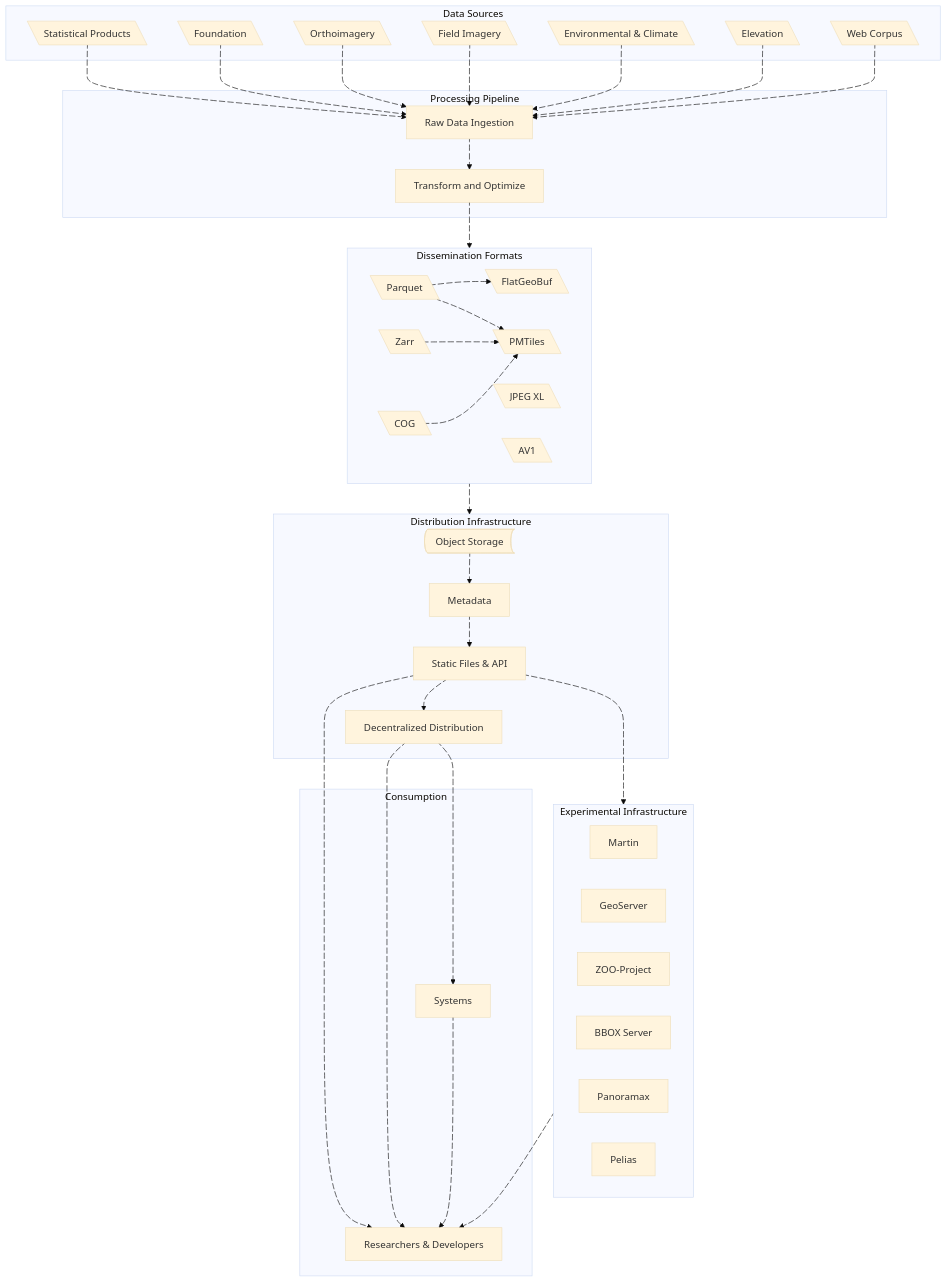
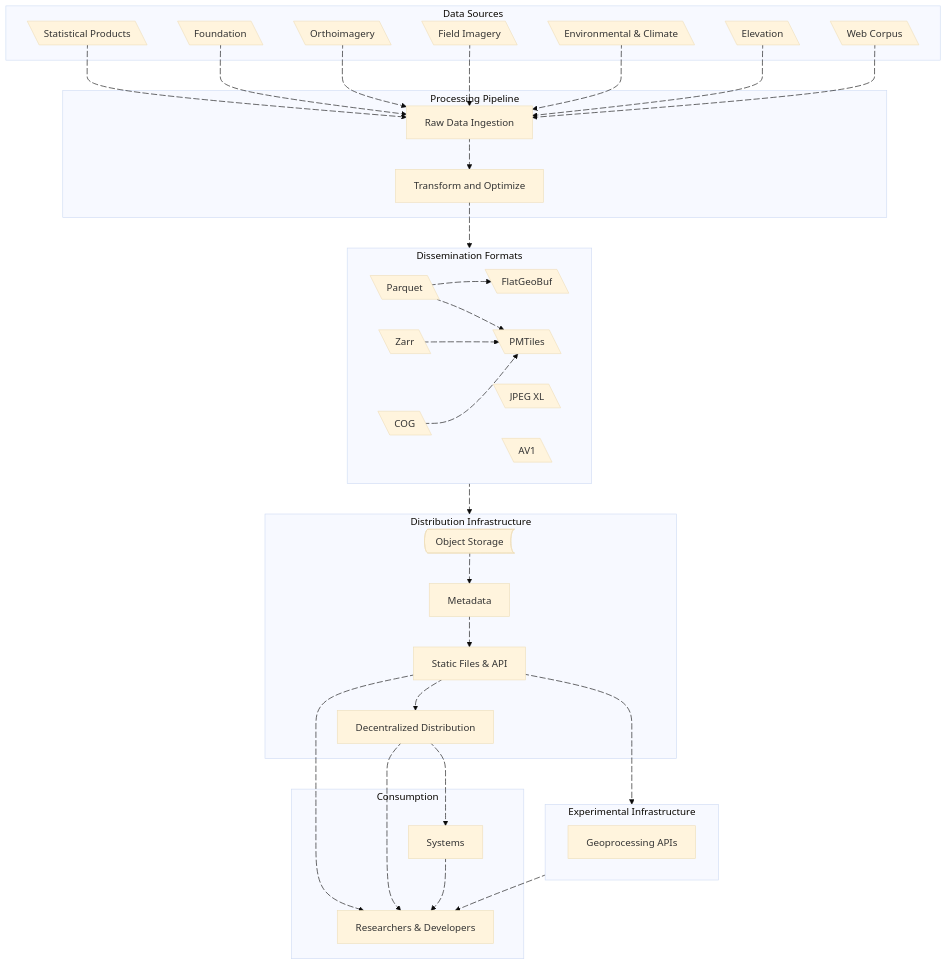
The diagram in high-level-overview-homepage.mermaid (dataforcanada/www.dataforcanada.org), drawn with Mermaid (base theme) before and after one commit. The commit also changed 1 other file, not shown here.

```diff
--- a/high-level-overview-homepage.mermaid
+++ b/high-level-overview-homepage.mermaid
@@ -1,118 +1,119 @@
 flowchart TD
     subgraph ds [Data Sources]
         StatProducts@{ shape: lean-l, label: "Statistical Products"}
         Foundation@{ shape: lean-l, label: "Foundation"}
         Orthoimagery@{ shape: lean-l}
         FieldImagery@{ shape: lean-l, label: "Field Imagery"}
         EnvironmentClimate@{ shape: lean-l, label: "Environmental & Climate"}
         Elevation@{ shape: lean-l}
         WebCorpus@{ shape: lean-l, label: "Web Corpus"}
     end
 
     subgraph pp [Processing Pipeline]
         Raw@{ shape: rect, label: "Raw Data Ingestion"}
         Transform@{ shape: rect, label: "Transform and Optimize"}
     end
 
     subgraph df [Dissemination Formats]
         Parquet@{ shape: lean-l}
         FlatGeoBuf@{ shape: lean-l}
         PMTiles@{ shape: lean-l}
         COG@{ shape: lean-l}
         Zarr@{ shape: lean-l}
         JPEGXL@{ shape: lean-l, label: "JPEG XL"}
         AV1@{ shape: lean-l, label: "AV1"}
     end
 
     subgraph di [Distribution Infrastructure]
         ObjectStorage@{ shape: bow-rect, label: "Object Storage"}
         Metadata@{ shape: rect}
         HTTP@{ shape: rect, label: "Static Files & API"}
         DecentralizedDistribution@{ shape: rect, label: "Decentralized Distribution"}
     end
 
     subgraph ei [Experimental Infrastructure]
-        Martin@{ shape: rect}
-        GeoServer@{ shape: rect}
-        ZOOProject@{ shape: rect, label: "ZOO-Project"}
-        BBOXServer@{ shape: rect, label: "BBOX Server"}
-        Panoramax@{ shape: rect}
-        Pelias@{ shape: rect}
+        GeoProcessingAPIs@{ shape: rect, label: "Geoprocessing APIs"}
+        %%Martin@{ shape: rect}
+        %%GeoServer@{ shape: rect}
+        %%ZOOProject@{ shape: rect, label: "ZOO-Project"}
+        %%BBOXServer@{ shape: rect, label: "BBOX Server"}
+        %%Panoramax@{ shape: rect}
+        %%Pelias@{ shape: rect}
     end
 
     subgraph "Consumption"
         DataSci@{ shape: rect, label: "Researchers & Developers"}
         Systems@{ shape: rect, label: "Systems"}
     end
 
     %% Relationships
     StatProducts a1@--> Raw
     a1@{animate: true, animation: slow}
     Foundation a2@--> Raw
     a2@{animate: true, animation: slow}
     Orthoimagery a3@--> Raw
     a3@{animate: true, animation: slow}
     FieldImagery a4@--> Raw
     a4@{animate:true, animation: fast}
     EnvironmentClimate a5@--> Raw
     a5@{animate: true, animation: fast}
     Elevation a6@--> Raw
     a6@{animate: true, animation: slow}
     WebCorpus a7@--> Raw
     a7@{animate: true, animation: fast}
     Raw a8@--> Transform
     a8@{animate: true, animation: slow}
     Transform a9@--> df
     a9@{animate: true, animation: slow}
     Parquet a10@--> FlatGeoBuf
     a10@{animate: true, animation: slow}
     Parquet a11@--> PMTiles
     a11@{animate: true, animation: slow}
     Zarr a12@ --> PMTiles
     a12@{animate: true, animation: slow}
     df a13@ --> di
     a13@{animate: true, animation: slow}
     COG a14@--> PMTiles
     a14@{animate: true, animation: slow}
     ObjectStorage a15@--> Metadata
     a15@{animate: true, animation: slow}
     Metadata a16@--> HTTP
     a16@{animate: true, animation: slow}
     HTTP a17@--> ei
     a17@{animate: true, animation: slow}
     HTTP a18@--> DecentralizedDistribution
     a18@{animate: true, animation: slow}
     HTTP a19@--> DataSci
     a19@{animate: true, animation: slow}
     DecentralizedDistribution a20@--> Systems
     a20@{animate: true, animation: fast}
     DecentralizedDistribution a21@--> DataSci
     a21@{animate: true, animation: fast}
     Systems a22@ --> DataSci
     a22@{animate: true, animation: fast}
     ei a23@ --> DataSci
     a23@{animate: true, animation: slow}
 
     %% URLs
     click Foundation "https://www.dataforcanada.org/docs/processes/foundation/" _blank
     click StatProducts "https://www.dataforcanada.org/docs/processes/statistical_products/" _blank
     click Orthoimagery "https://www.dataforcanada.org/docs/processes/orthoimagery/" _blank
     click FieldImagery "https://www.dataforcanada.org/docs/processes/field_imagery/" _blank
     %%click EnvironmentClimate "/docs/processes/environmental_climate/" _blank
     %%click Elevation "/docs/processes/elevation/" _blank
 
     click Parquet "https://github.com/apache/parquet-format/" _blank
     click FlatGeoBuf "https://flatgeobuf.org/" _blank
     click COG "https://cogeo.org/" _blank
     click Zarr "https://github.com/zarr-developers/geozarr-spec/" _blank
     click PMTiles "https://github.com/protomaps/PMTiles/blob/main/spec/v3/spec.md" _blank
     click JPEGXL "https://jpeg.org/jpegxl/" _blank
     click AV1 "https://aomedia.org/specifications/av1/" _blank
     click DecentralizedDistribution "/docs/dissemination/" _blank
     click Metadata "https://stac-utils.github.io/stac-geoparquet/latest/spec/stac-geoparquet-spec/" _blank
     click Martin "https://martin.maplibre.org/" _blank
     click GeoServer "https://geoserver.org/" _blank
     click ZOOProject "https://zoo-project.org/" _blank
     click BBOXServer "https://www.bbox.earth/" _blank
     click Panoramax "https://gitlab.com/panoramax" _blank
     click Pelias "https://pelias.io" _blank
```
